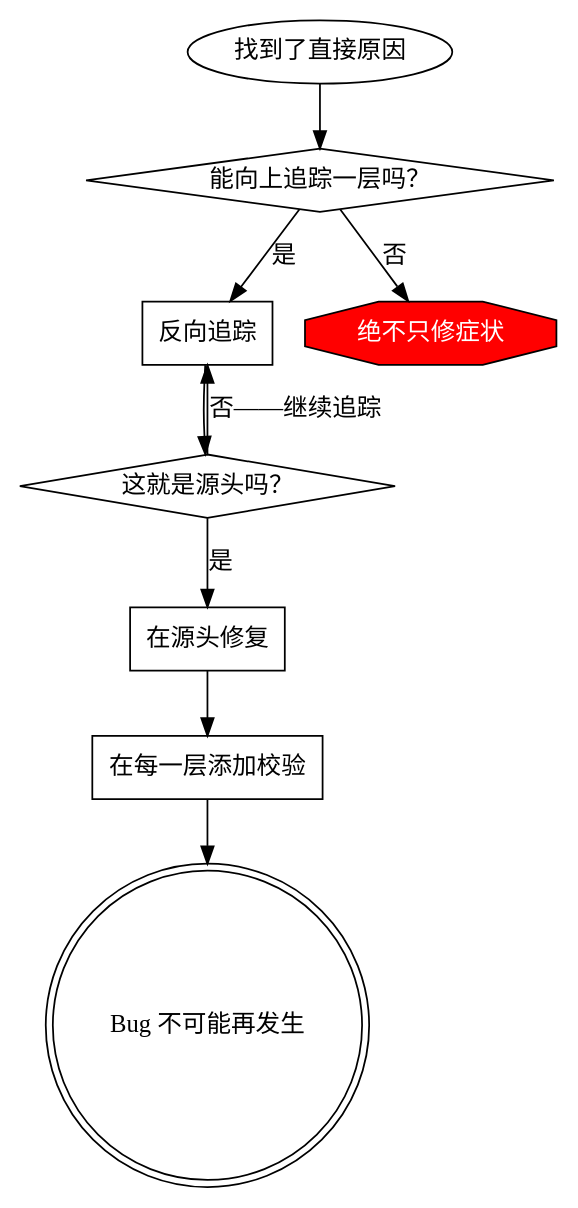
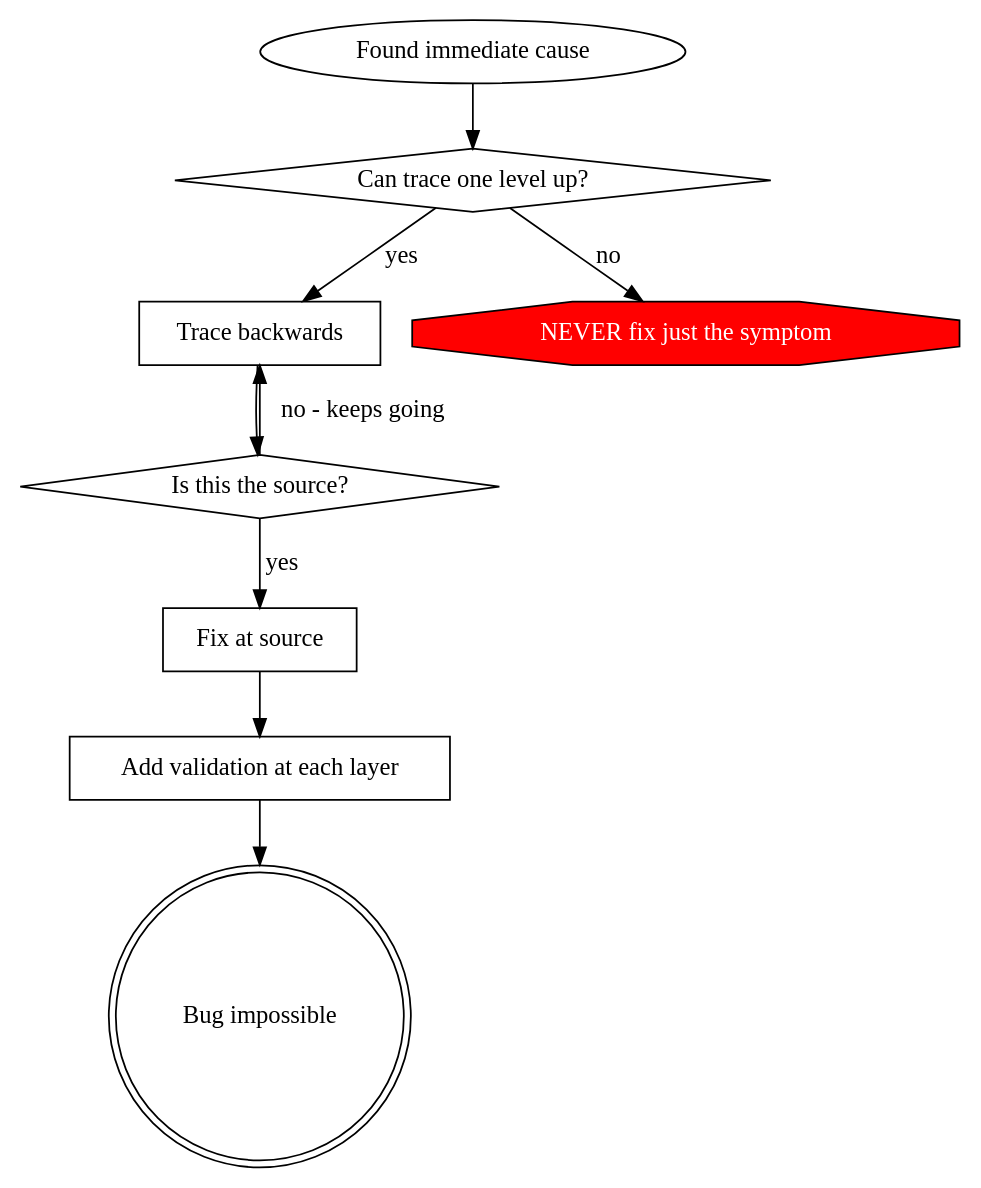
Before and after one commit to azrng/ai-code-rule: the second of 2 diagrams in skills/systematic-debugging/root-cause-tracing.md, drawn with Graphviz. The commit also changed other lines of this file and 28 other files, not shown here.

````diff
--- a/skills/systematic-debugging/root-cause-tracing.md
+++ b/skills/systematic-debugging/root-cause-tracing.md
@@ -132,21 +132,21 @@
 ```dot
 digraph principle {
-    "找到了直接原因" [shape=ellipse];
-    "能向上追踪一层吗？" [shape=diamond];
-    "反向追踪" [shape=box];
-    "这就是源头吗？" [shape=diamond];
-    "在源头修复" [shape=box];
-    "在每一层添加校验" [shape=box];
-    "Bug 不可能再发生" [shape=doublecircle];
-    "绝不只修症状" [shape=octagon, style=filled, fillcolor=red, fontcolor=white];
+    "Found immediate cause" [shape=ellipse];
+    "Can trace one level up?" [shape=diamond];
+    "Trace backwards" [shape=box];
+    "Is this the source?" [shape=diamond];
+    "Fix at source" [shape=box];
+    "Add validation at each layer" [shape=box];
+    "Bug impossible" [shape=doublecircle];
+    "NEVER fix just the symptom" [shape=octagon, style=filled, fillcolor=red, fontcolor=white];
 
-    "找到了直接原因" -> "能向上追踪一层吗？";
-    "能向上追踪一层吗？" -> "反向追踪" [label="是"];
-    "能向上追踪一层吗？" -> "绝不只修症状" [label="否"];
-    "反向追踪" -> "这就是源头吗？";
-    "这就是源头吗？" -> "反向追踪" [label="否——继续追踪"];
-    "这就是源头吗？" -> "在源头修复" [label="是"];
-    "在源头修复" -> "在每一层添加校验";
-    "在每一层添加校验" -> "Bug 不可能再发生";
+    "Found immediate cause" -> "Can trace one level up?";
+    "Can trace one level up?" -> "Trace backwards" [label="yes"];
+    "Can trace one level up?" -> "NEVER fix just the symptom" [label="no"];
+    "Trace backwards" -> "Is this the source?";
+    "Is this the source?" -> "Trace backwards" [label="no - keeps going"];
+    "Is this the source?" -> "Fix at source" [label="yes"];
+    "Fix at source" -> "Add validation at each layer";
+    "Add validation at each layer" -> "Bug impossible";
 }
 ```
````
